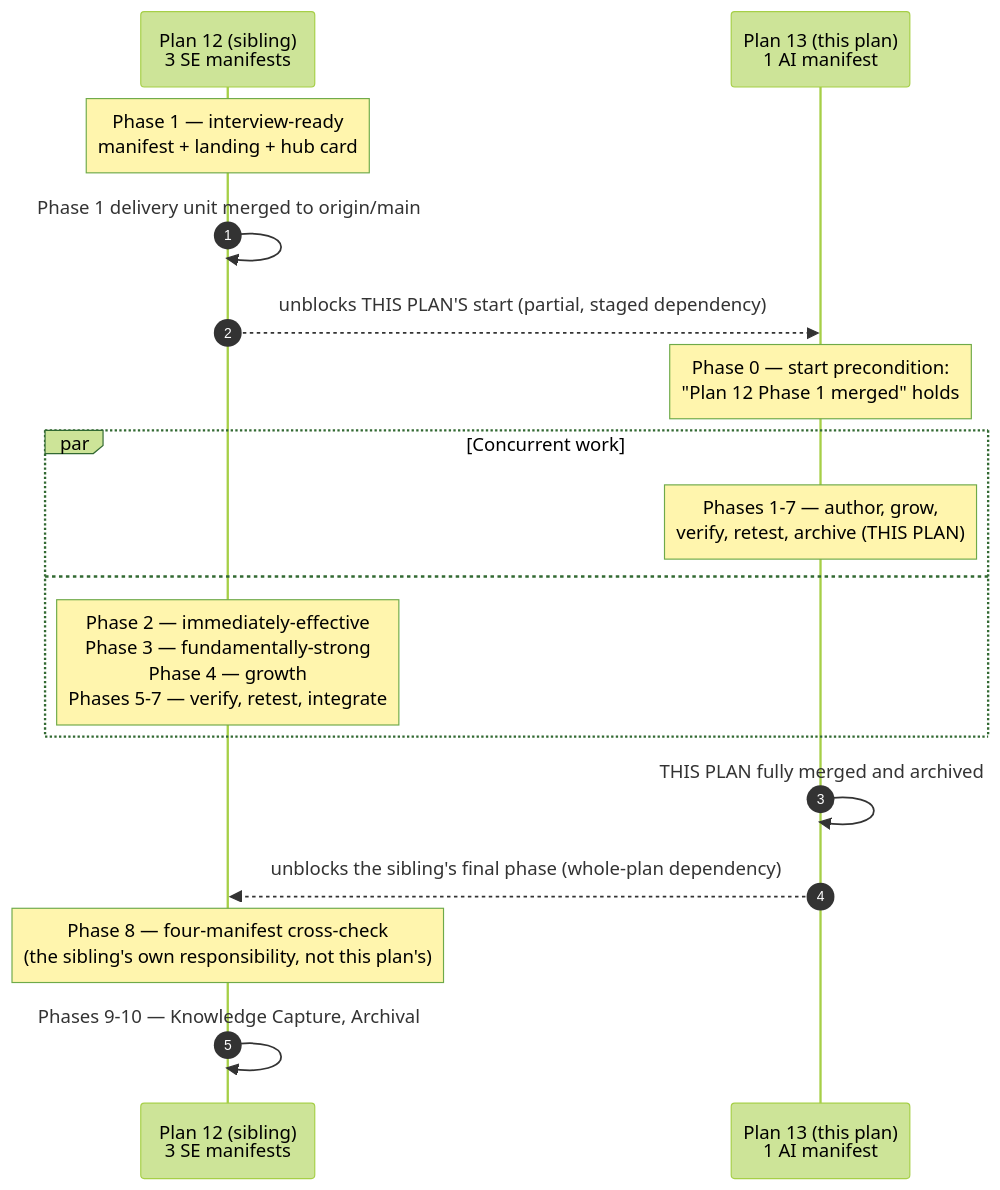
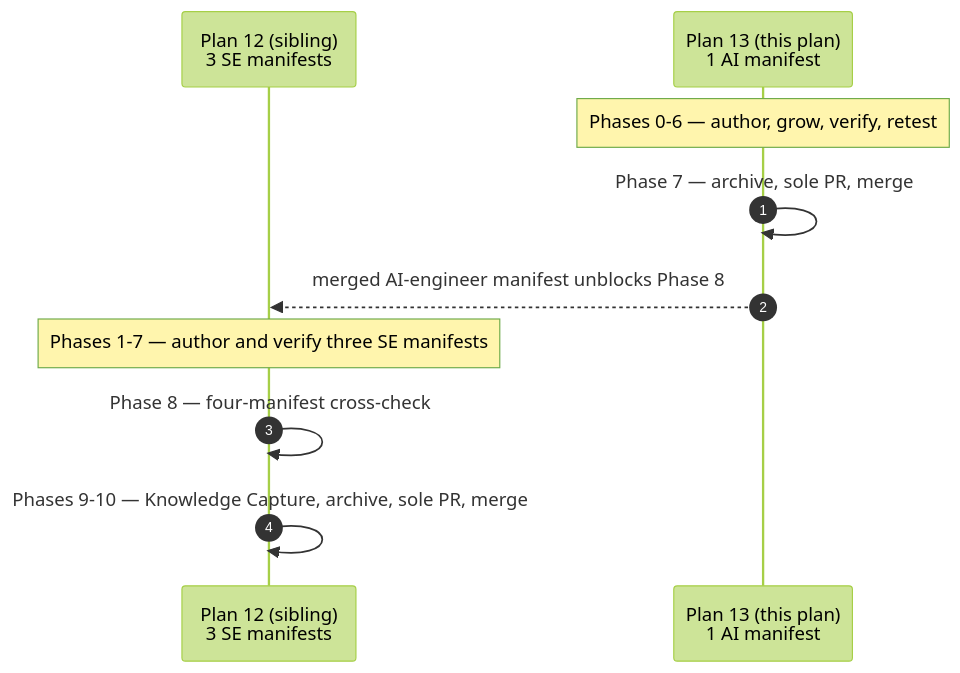
The first of 3 diagrams in plans/backlog/ayokoding-learning-path-13-careers-ai-manifest/README.md (wahidyankf/open-sharia-fintech), drawn with Mermaid (forest theme) before and after one commit. The commit also changed other lines of this file and 49 other files, not shown here.

````diff
--- a/plans/backlog/ayokoding-learning-path-13-careers-ai-manifest/README.md
+++ b/plans/backlog/ayokoding-learning-path-13-careers-ai-manifest/README.md
@@ -61,22 +51,15 @@
 ```mermaid
 %% The plan-12 / plan-13 coupling, from this plan's (plan 13's) point of view.
 %% Time flows top to bottom. Every arrow points forward in time.
 sequenceDiagram
     autonumber
     participant P12 as Plan 12 (sibling)<br/>3 SE manifests
     participant P13 as Plan 13 (this plan)<br/>1 AI manifest
 
-    Note over P12: Phase 1 — interview-ready<br/>manifest + landing + hub card
-    P12->>P12: Phase 1 delivery unit merged to origin/main
-    P12-->>P13: unblocks THIS PLAN'S start (partial, staged dependency)
-    Note over P13: Phase 0 — start precondition:<br/>"Plan 12 Phase 1 merged" holds
-    par Concurrent work
-        Note over P13: Phases 1-7 — author, grow,<br/>verify, retest, archive (THIS PLAN)
-    and
-        Note over P12: Phase 2 — immediately-effective<br/>Phase 3 — fundamentally-strong<br/>Phase 4 — growth<br/>Phases 5-7 — verify, retest, integrate
-    end
-    P13->>P13: THIS PLAN fully merged and archived
-    P13-->>P12: unblocks the sibling's final phase (whole-plan dependency)
-    Note over P12: Phase 8 — four-manifest cross-check<br/>(the sibling's own responsibility, not this plan's)
-    P12->>P12: Phases 9-10 — Knowledge Capture, Archival
+    Note over P13: Phases 0-6 — author, grow, verify, retest
+    P13->>P13: Phase 7 — archive, sole PR, merge
+    P13-->>P12: merged AI-engineer manifest unblocks Phase 8
+    Note over P12: Phases 1-7 — author and verify three SE manifests
+    P12->>P12: Phase 8 — four-manifest cross-check
+    P12->>P12: Phases 9-10 — Knowledge Capture, archive, sole PR, merge
 ```
````
